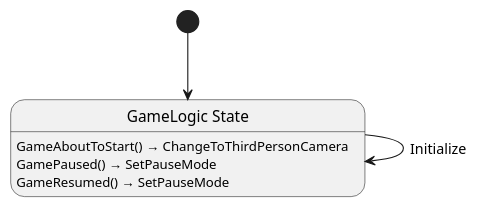
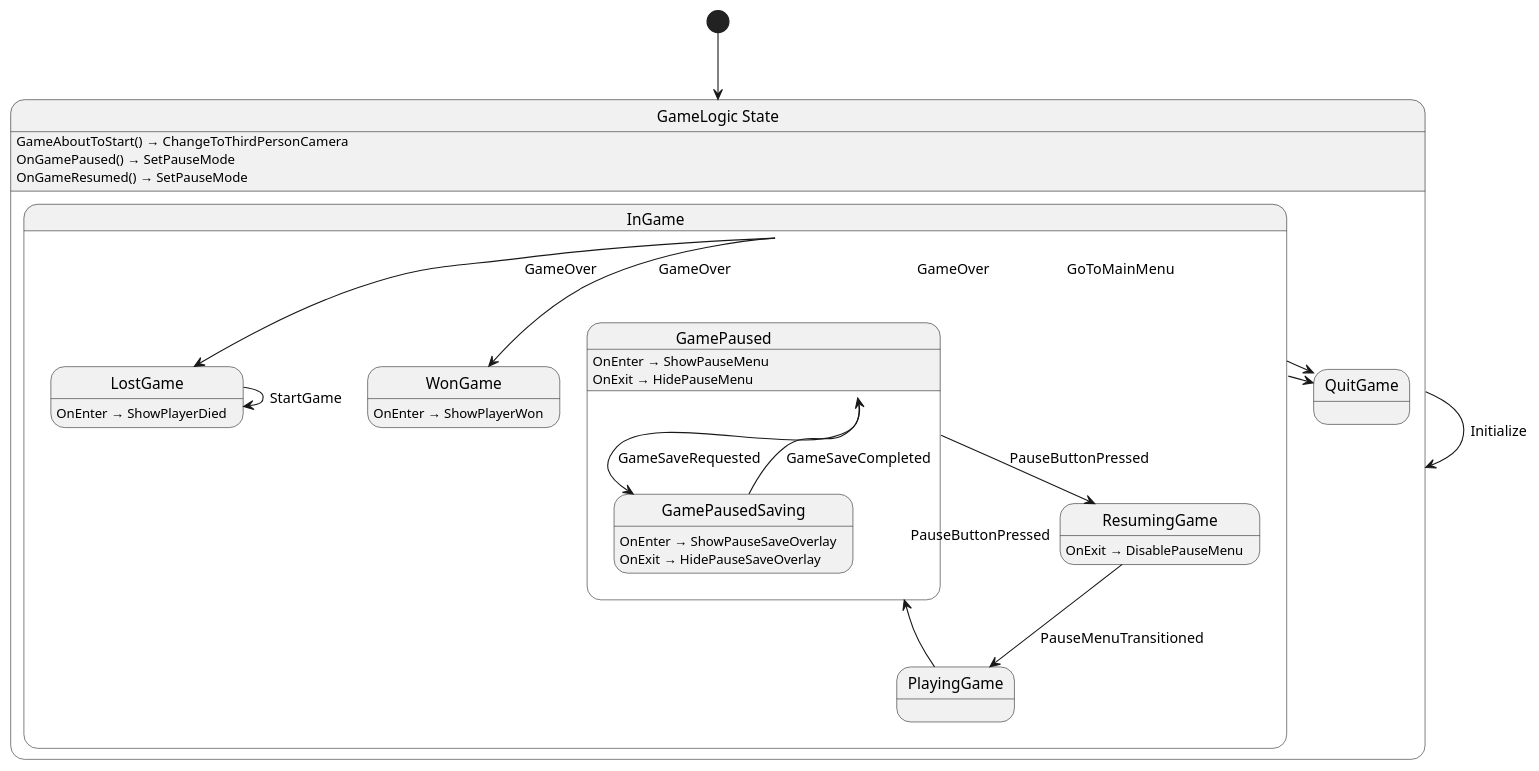
The diagram in src/game/state/GameLogic.g.puml (chickensoft-games/GameDemo), drawn with PlantUML before and after one commit. The commit also changed 43 other files, not shown here.

Commit message:
refactor: move lots of logic from the app state machine to the game state machine

```diff
--- a/src/game/state/GameLogic.g.puml
+++ b/src/game/state/GameLogic.g.puml
@@ -1,11 +1,42 @@
 @startuml GameLogic
 state "GameLogic State" as GameDemo_GameLogic_State {
+  state "InGame" as GameDemo_GameLogic_State_InGame {
+    state "GamePaused" as GameDemo_GameLogic_State_GamePaused {
+      state "GamePausedSaving" as GameDemo_GameLogic_State_GamePausedSaving {
+        GameDemo_GameLogic_State_GamePausedSaving : OnEnter → ShowPauseSaveOverlay
+        GameDemo_GameLogic_State_GamePausedSaving : OnExit → HidePauseSaveOverlay
+      }
+      GameDemo_GameLogic_State_GamePaused : OnEnter → ShowPauseMenu
+      GameDemo_GameLogic_State_GamePaused : OnExit → HidePauseMenu
+    }
+    state "LostGame" as GameDemo_GameLogic_State_LostGame {
+      GameDemo_GameLogic_State_LostGame : OnEnter → ShowPlayerDied
+    }
+    state "PlayingGame" as GameDemo_GameLogic_State_PlayingGame
+    state "ResumingGame" as GameDemo_GameLogic_State_ResumingGame {
+      GameDemo_GameLogic_State_ResumingGame : OnExit → DisablePauseMenu
+    }
+    state "WonGame" as GameDemo_GameLogic_State_WonGame {
+      GameDemo_GameLogic_State_WonGame : OnEnter → ShowPlayerWon
+    }
+  }
+  state "QuitGame" as GameDemo_GameLogic_State_QuitGame
   GameDemo_GameLogic_State : GameAboutToStart() → ChangeToThirdPersonCamera
-  GameDemo_GameLogic_State : GamePaused() → SetPauseMode
-  GameDemo_GameLogic_State : GameResumed() → SetPauseMode
+  GameDemo_GameLogic_State : OnGamePaused() → SetPauseMode
+  GameDemo_GameLogic_State : OnGameResumed() → SetPauseMode
 }
 
 GameDemo_GameLogic_State --> GameDemo_GameLogic_State : Initialize
+GameDemo_GameLogic_State_GamePaused --> GameDemo_GameLogic_State_GamePausedSaving : GameSaveRequested
+GameDemo_GameLogic_State_GamePaused --> GameDemo_GameLogic_State_ResumingGame : PauseButtonPressed
+GameDemo_GameLogic_State_GamePausedSaving --> GameDemo_GameLogic_State_GamePaused : GameSaveCompleted
+GameDemo_GameLogic_State_InGame --> GameDemo_GameLogic_State_LostGame : GameOver
+GameDemo_GameLogic_State_InGame --> GameDemo_GameLogic_State_QuitGame : GameOver
+GameDemo_GameLogic_State_InGame --> GameDemo_GameLogic_State_QuitGame : GoToMainMenu
+GameDemo_GameLogic_State_InGame --> GameDemo_GameLogic_State_WonGame : GameOver
+GameDemo_GameLogic_State_LostGame --> GameDemo_GameLogic_State_LostGame : StartGame
+GameDemo_GameLogic_State_PlayingGame --> GameDemo_GameLogic_State_GamePaused : PauseButtonPressed
+GameDemo_GameLogic_State_ResumingGame --> GameDemo_GameLogic_State_PlayingGame : PauseMenuTransitioned
 
 [*] --> GameDemo_GameLogic_State
 @enduml
```
